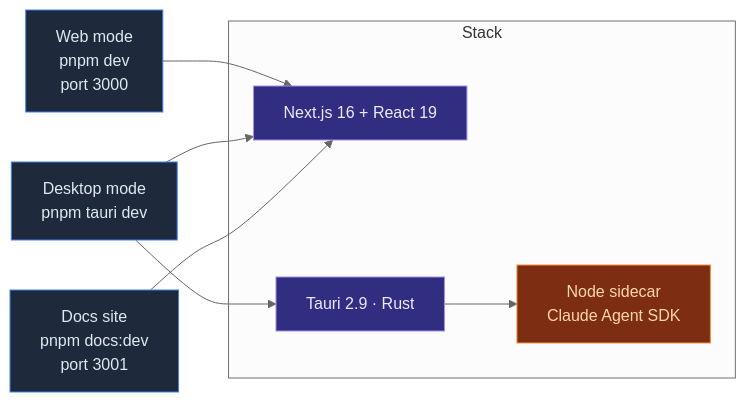
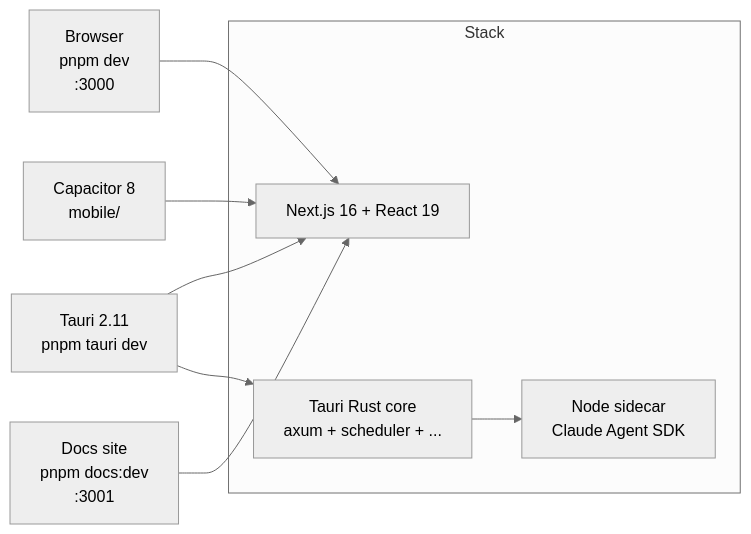
The diagram in docs/content/docs/en/index.mdx (MaxQian888/cognia-next), drawn with Mermaid (neutral theme) before and after one commit. The commit also changed other lines of this file and 359 other files, not shown here.

````diff
--- a/docs/content/docs/en/index.mdx
+++ b/docs/content/docs/en/index.mdx
@@ -25,25 +14,20 @@
 ```mermaid
 flowchart LR
-  Web[Web mode<br/>pnpm dev<br/>port 3000]
-  Desktop[Desktop mode<br/>pnpm tauri dev]
-  Docs[Docs site<br/>pnpm docs:dev<br/>port 3001]
+  Web[Browser<br/>pnpm dev<br/>:3000]
+  Desktop[Tauri 2.11<br/>pnpm tauri dev]
+  Mobile[Capacitor 8<br/>mobile/]
+  Docs[Docs site<br/>pnpm docs:dev<br/>:3001]
 
   subgraph Stack[Stack]
     Next[Next.js 16 + React 19]
-    Tauri[Tauri 2.9 · Rust]
+    Rust[Tauri Rust core<br/>axum + scheduler + ...]
     Sidecar[Node sidecar<br/>Claude Agent SDK]
   end
 
   Web --> Next
   Desktop --> Next
-  Desktop --> Tauri
-  Tauri --> Sidecar
+  Desktop --> Rust
+  Mobile --> Next
+  Rust --> Sidecar
   Docs --> Next
-
-  classDef mode fill:#1e293b,stroke:#3b82f6,color:#e2e8f0
-  classDef stack fill:#312e81,stroke:#a78bfa,color:#ede9fe
-  classDef sidecar fill:#7c2d12,stroke:#fb923c,color:#fed7aa
-  class Web,Desktop,Docs mode
-  class Next,Tauri stack
-  class Sidecar sidecar
 ```
````
